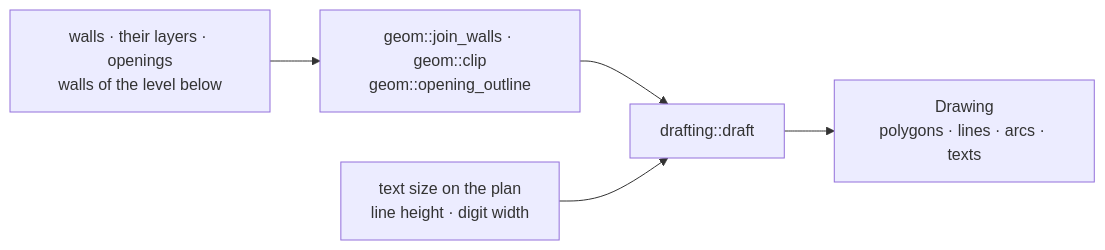
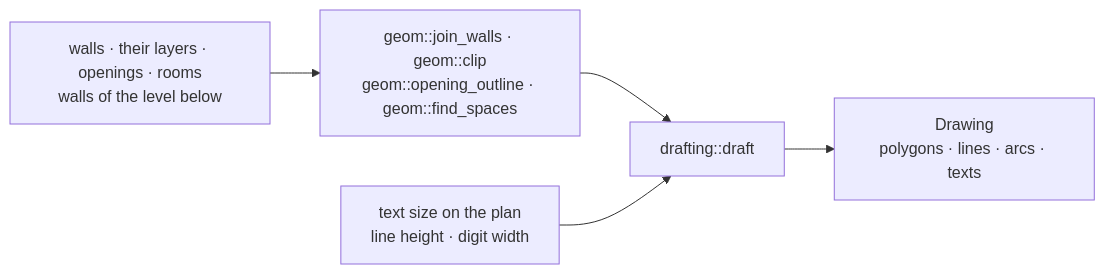
Before and after one commit to globallstudent/otves: the diagram in engine/drafting/README.md, drawn with Mermaid. The commit also changed other lines of this file and 39 other files, not shown here.

Commit message:
feat(engine): find the spaces the walls close and name them as rooms

````diff
--- a/engine/drafting/README.md
+++ b/engine/drafting/README.md
@@ -5,7 +5,7 @@
 ```mermaid
 flowchart LR
-  W["walls · their layers · openings<br/>walls of the level below"] --> J["geom::join_walls · geom::clip<br/>geom::opening_outline"]
+  W["walls · their layers · openings · rooms<br/>walls of the level below"] --> J["geom::join_walls · geom::clip<br/>geom::opening_outline · geom::find_spaces"]
   J --> D["drafting::draft"]
   T["text size on the plan<br/>line height · digit width"] --> D
   D --> L["Drawing<br/>polygons · lines · arcs · texts"]
 ```
````
